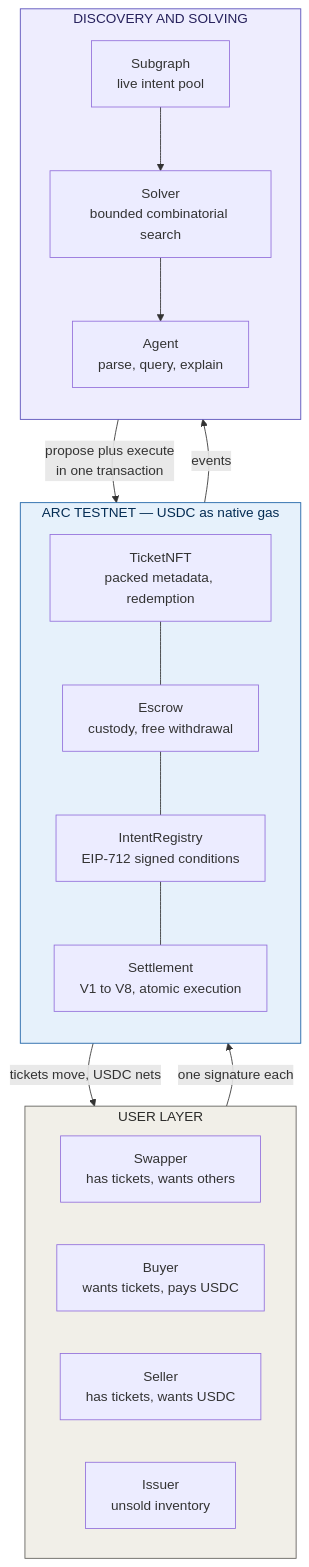
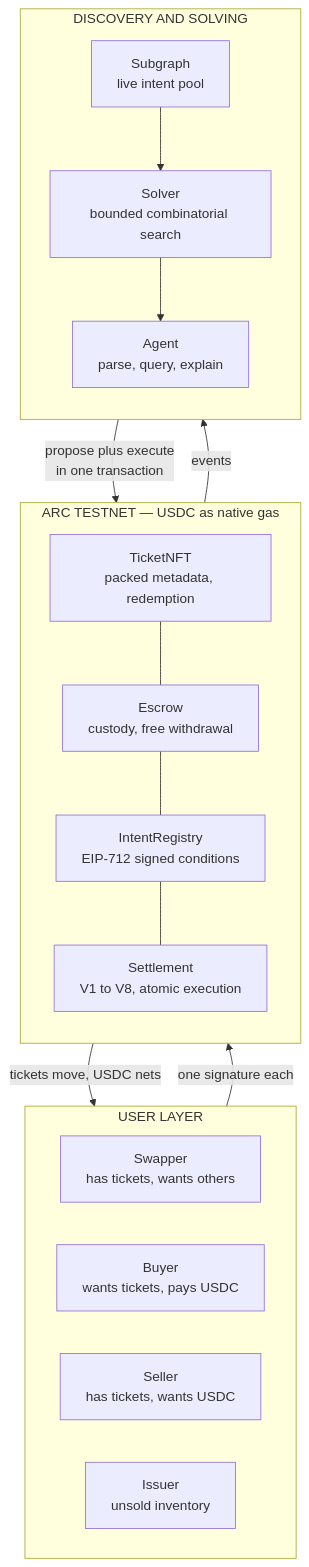
Before and after one commit to angelphoon7/online2026: the fifth of 26 diagrams in README.md, drawn with Mermaid. The commit also changed other lines of this file, not shown here.

````diff
--- a/README.md
+++ b/README.md
@@ -137,39 +110,35 @@
 ```mermaid
 flowchart TB
     subgraph UI["USER LAYER"]
         direction LR
         SW["Swapper<br/>has tickets, wants others"]
         BY["Buyer<br/>wants tickets, pays USDC"]
         SL["Seller<br/>has tickets, wants USDC"]
         IS["Issuer<br/>unsold inventory"]
     end
 
     subgraph CHAIN["ARC TESTNET — USDC as native gas"]
         direction TB
         TN["TicketNFT<br/>packed metadata, redemption"]
         ES["Escrow<br/>custody, free withdrawal"]
         IR["IntentRegistry<br/>EIP-712 signed conditions"]
         ST["Settlement<br/>V1 to V8, atomic execution"]
         TN --- ES
         ES --- IR
         IR --- ST
     end
 
     subgraph OFF["DISCOVERY AND SOLVING"]
         direction TB
         SG["Subgraph<br/>live intent pool"]
         SV["Solver<br/>bounded combinatorial search"]
         AG["Agent<br/>parse, query, explain"]
         SG --> SV
         SV --> AG
     end
 
     UI -->|"one signature each"| CHAIN
     CHAIN -->|"events"| SG
     SV -->|"propose plus execute<br/>in one transaction"| ST
     ST -->|"tickets move, USDC nets"| UI
-
-    style UI fill:#F1EFE8,stroke:#5F5E5A,color:#2C2C2A
-    style CHAIN fill:#E6F1FB,stroke:#185FA5,color:#042C53
-    style OFF fill:#EEEDFE,stroke:#534AB7,color:#26215C
 ```
````
